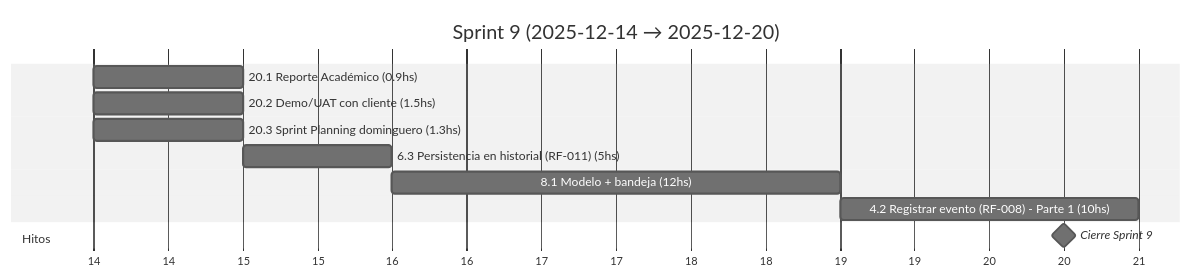
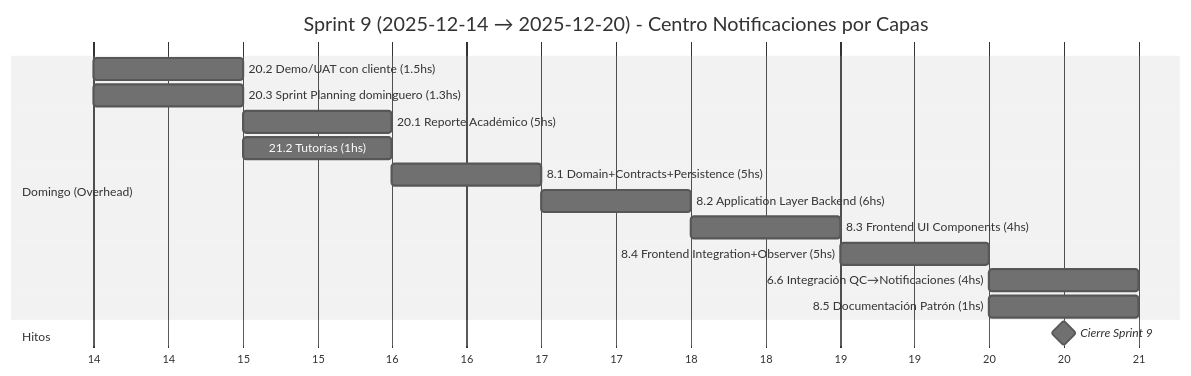
One commit to MarkMed/FleetMan changed the tenth of 19 diagrams in docs/SprintsGantts.md. Above: the diagram before and after it, drawn with Mermaid (neutral theme). The commit also changed other lines of this file, not shown here.

Commit message:
fix: Update Sprint #9 details with notification system architecture and task distribution

````diff
--- a/docs/SprintsGantts.md
+++ b/docs/SprintsGantts.md
@@ -287,18 +287,24 @@
 ```mermaid
 gantt
-  title Sprint 9 (2025-12-14 → 2025-12-20)
+  title Sprint 9 (2025-12-14 → 2025-12-20) - Centro Notificaciones por Capas
   dateFormat  YYYY-MM-DD
   axisFormat  %d
 
   %% Asumimos 5 h/día. Horas estimadas incluidas en el nombre.
+  %% Sprint enfocado 100% en sistema de notificaciones con arquitectura por capas
 
-  20.1 Reporte Académico (0.9hs)               :t201, 2025-12-14, 1d
+  section Domingo (Overhead)
   20.2 Demo/UAT con cliente (1.5hs)            :t202, 2025-12-14, 1d
   20.3 Sprint Planning dominguero (1.3hs)      :t203, 2025-12-14, 1d
-  6.3 Persistencia en historial (RF-011) (5hs) :t63, after t203, 1d
-  8.1 Modelo + bandeja (12hs)                  :t81, after t63, 3d
-  4.2 Registrar evento (RF-008) - Parte 1 (10hs) :t421, after t81, 2d
+  20.1 Reporte Académico (5hs)                 :t201, 2025-12-15, 1d
+  21.2 Tutorías (1hs)                          :t212, 2025-12-15, 1d
+  8.1 Domain+Contracts+Persistence (5hs)       :t81, 2025-12-16, 1d
+  8.2 Application Layer Backend (6hs)          :t82, after t81, 1d
+  8.3 Frontend UI Components (4hs)             :t83, after t82, 1d
+  8.4 Frontend Integration+Observer (5hs)      :t84, after t83, 1d
+  6.6 Integración QC→Notificaciones (4hs)      :t66, after t84, 1d
+  8.5 Documentación Patrón (1hs)               :t85, after t84, 1d
 
   section Hitos
   Cierre Sprint 9                              :milestone, s9, 2025-12-20, 1d
 ```
````
